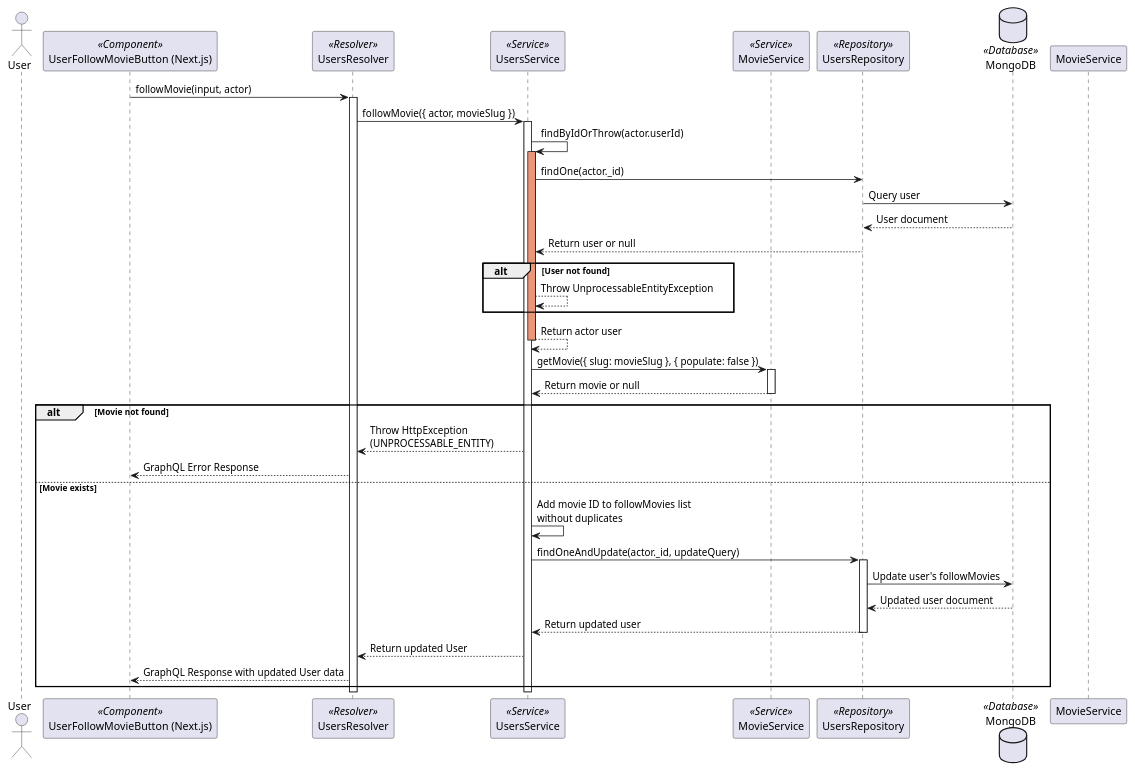
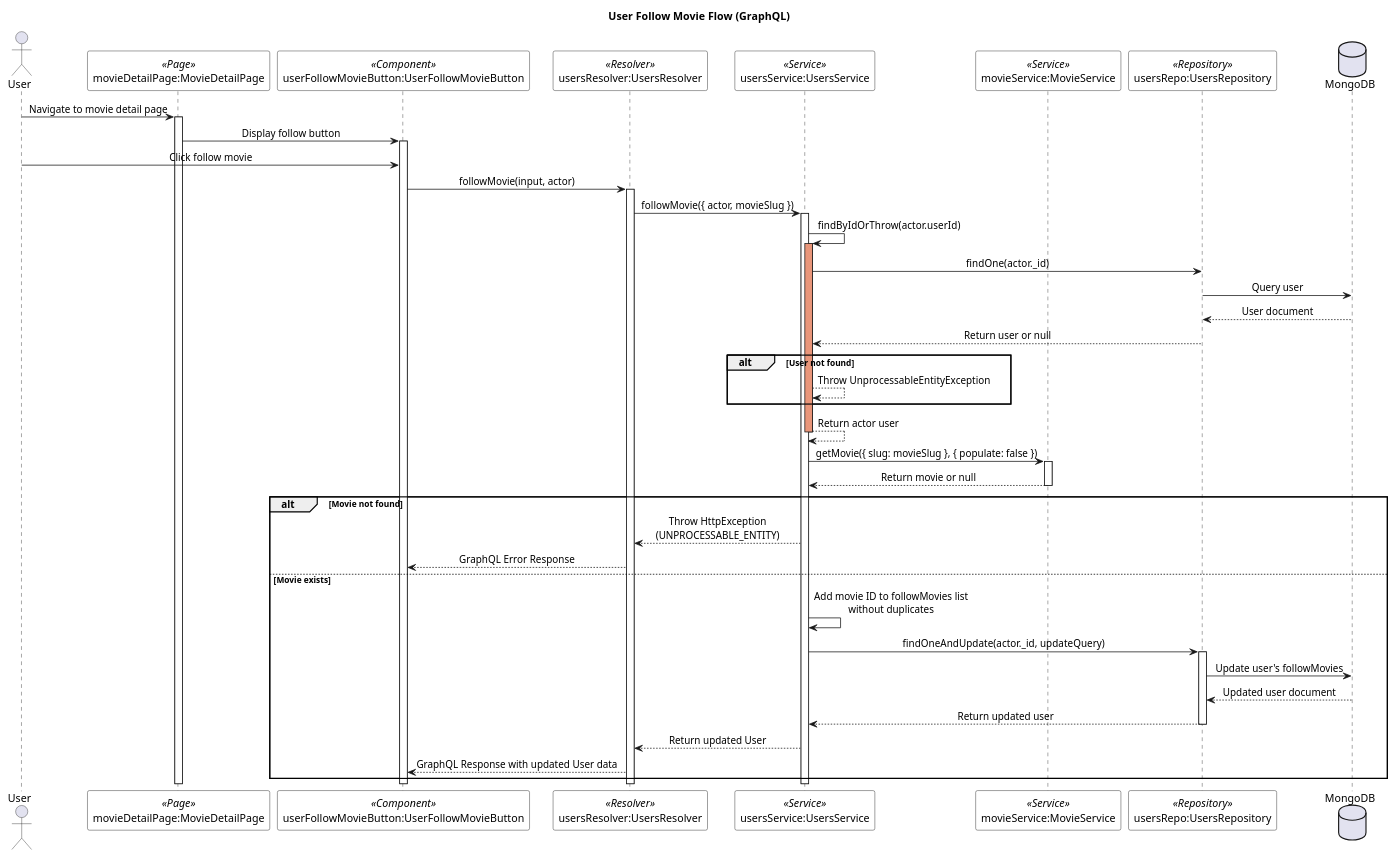
The diagram in documents/diagram/sequences/users/user-follow-movie-flow.puml (lehuygiang28/vphim), drawn with PlantUML before and after one commit. The commit also changed 7 other files, not shown here.

First line of the commit message:
refactor(diagrams/sequences/users): 🛠️ update user flow diagrams for clarity and consistency

```diff
--- a/documents/diagram/sequences/users/user-follow-movie-flow.puml
+++ b/documents/diagram/sequences/users/user-follow-movie-flow.puml
@@ -1,59 +1,76 @@
 @startuml User Follow Movie Flow
 
+skinparam SequenceMessageAlignment center
+skinparam SequenceBoxBackgroundColor white
+skinparam SequenceBoxBorderColor black
+skinparam NoteBackgroundColor lightyellow
+skinparam NoteBorderColor black
+skinparam ParticipantBackgroundColor white
+skinparam ParticipantBorderColor black
+
+title User Follow Movie Flow (GraphQL)
+
 actor "User" as user
-participant "UserFollowMovieButton (Next.js)" as userFollowMovieButton <<Component>>
-participant "UsersResolver" as usersResolver <<Resolver>>
-participant "UsersService" as usersService <<Service>>
-participant "MovieService" as movieService <<Service>>
-participant "UsersRepository" as usersRepository <<Repository>>
-database "MongoDB" as mongoDB <<Database>>
+participant "movieDetailPage:MovieDetailPage" as movieDetailPage <<Page>>
+participant "userFollowMovieButton:UserFollowMovieButton" as userFollowMovieButton <<Component>>
+participant "usersResolver:UsersResolver" as usersResolver <<Resolver>>
+participant "usersService:UsersService" as usersService <<Service>>
+participant "movieService:MovieService" as movieService <<Service>>
+participant "usersRepo:UsersRepository" as usersRepo <<Repository>>
+database "MongoDB" as mongoDB
 
+user -> movieDetailPage : Navigate to movie detail page
+activate movieDetailPage
 
-participant "MovieService" as MovieService
+movieDetailPage -> userFollowMovieButton : Display follow button
+activate userFollowMovieButton
 
+user -> userFollowMovieButton : Click follow movie
 
-
-userFollowMovieButton -> usersResolver: followMovie(input, actor)
+userFollowMovieButton -> usersResolver : followMovie(input, actor)
 activate usersResolver
 
-usersResolver -> usersService: followMovie({ actor, movieSlug })
+usersResolver -> usersService : followMovie({ actor, movieSlug })
 activate usersService
 
-usersService -> usersService: findByIdOrThrow(actor.userId)
+usersService -> usersService : findByIdOrThrow(actor.userId)
 activate usersService #DarkSalmon
-usersService -> usersRepository: findOne(actor._id)
-usersRepository -> mongoDB: Query user
-mongoDB --> usersRepository: User document
-usersRepository --> usersService: Return user or null
+usersService -> usersRepo : findOne(actor._id)
+usersRepo -> mongoDB : Query user
+mongoDB --> usersRepo : User document
+usersRepo --> usersService : Return user or null
 alt User not found
-    usersService --> usersService: Throw UnprocessableEntityException
+    usersService --> usersService : Throw UnprocessableEntityException
 end
-usersService --> usersService: Return actor user
+usersService --> usersService : Return actor user
 deactivate usersService
 
-usersService -> movieService: getMovie({ slug: movieSlug }, { populate: false })
+usersService -> movieService : getMovie({ slug: movieSlug }, { populate: false })
 activate movieService
-movieService --> usersService: Return movie or null
+movieService --> usersService : Return movie or null
 deactivate movieService
 
 alt Movie not found
-    usersService --> usersResolver: Throw HttpException\n(UNPROCESSABLE_ENTITY)
-    usersResolver --> userFollowMovieButton: GraphQL Error Response
+    usersService --> usersResolver : Throw HttpException\n(UNPROCESSABLE_ENTITY)
+    usersResolver --> userFollowMovieButton : GraphQL Error Response
 else Movie exists
-    usersService -> usersService: Add movie ID to followMovies list\nwithout duplicates
+    usersService -> usersService : Add movie ID to followMovies list\nwithout duplicates
 
-    usersService -> usersRepository: findOneAndUpdate(actor._id, updateQuery)
-    activate usersRepository
-    usersRepository -> mongoDB: Update user's followMovies
-    mongoDB --> usersRepository: Updated user document
-    usersRepository --> usersService: Return updated user
-    deactivate usersRepository
+    usersService -> usersRepo : findOneAndUpdate(actor._id, updateQuery)
+    activate usersRepo
+    usersRepo -> mongoDB : Update user's followMovies
+    mongoDB --> usersRepo : Updated user document
+    usersRepo --> usersService : Return updated user
+    deactivate usersRepo
 
-    usersService --> usersResolver: Return updated User
-    usersResolver --> userFollowMovieButton: GraphQL Response with updated User data
+    usersService --> usersResolver : Return updated User
+    usersResolver --> userFollowMovieButton : GraphQL Response with updated User data
 end
 
 deactivate usersService
 deactivate usersResolver
 
+deactivate userFollowMovieButton
+deactivate movieDetailPage
+
 @enduml
```
